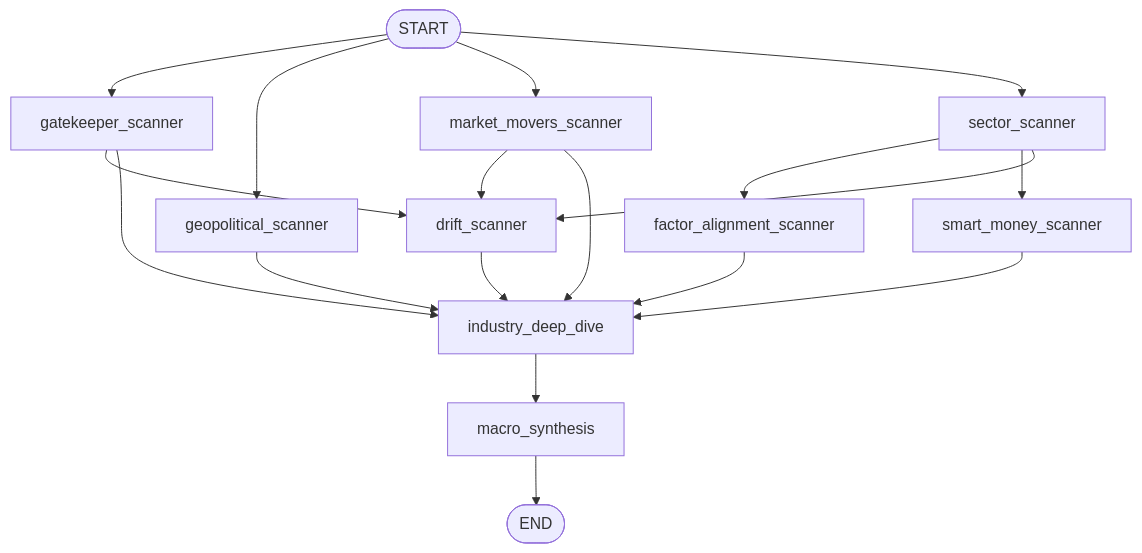
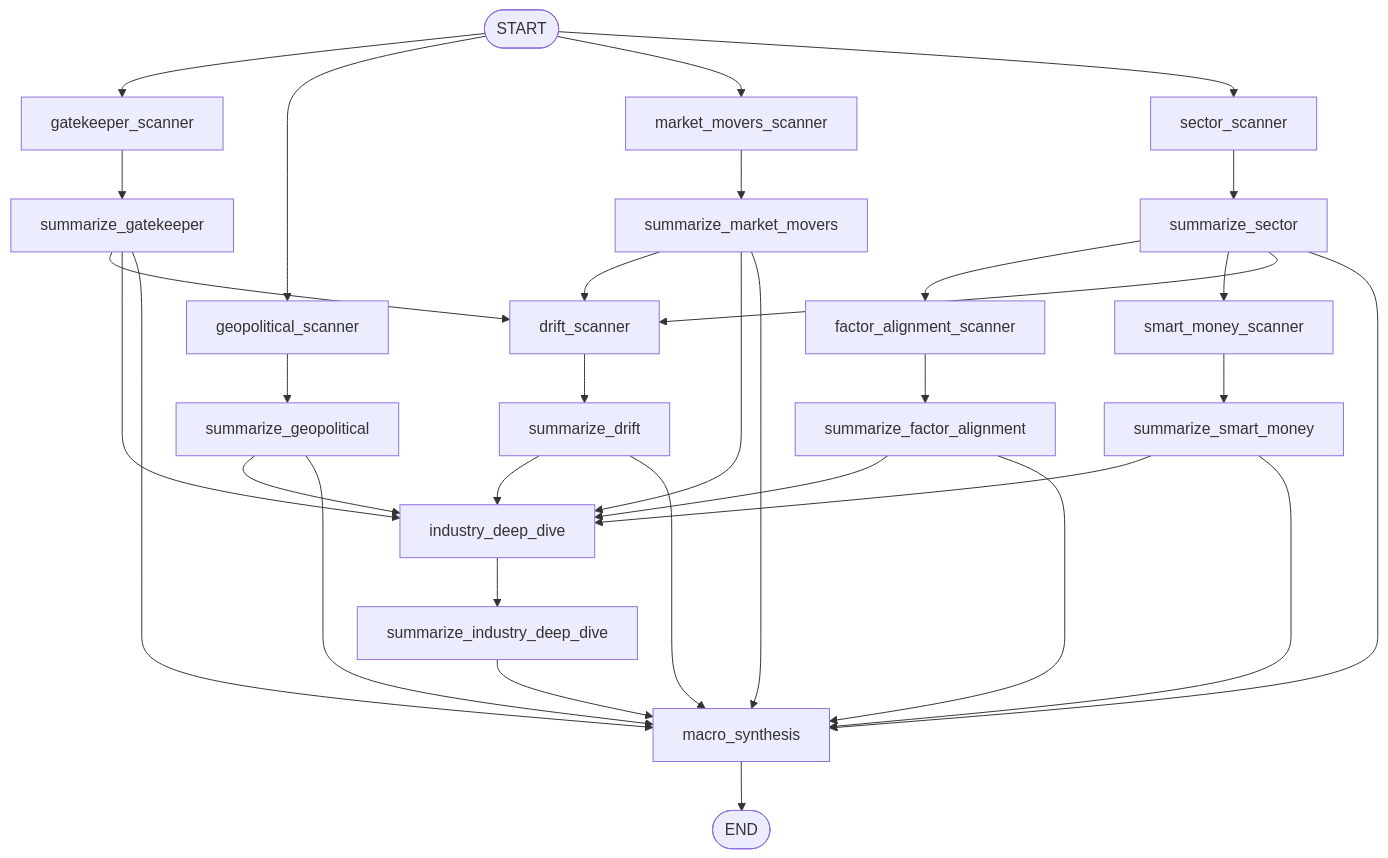
Before and after one commit to TauricResearch/TradingAgents: the first of 4 diagrams in docs/graph_flows.md, drawn with Mermaid. The commit also changed other lines of this file and 3 other files, not shown here.

````diff
--- a/docs/graph_flows.md
+++ b/docs/graph_flows.md
@@ -10,20 +10,42 @@
 ```mermaid
 flowchart TD
     A([START]) --> B["gatekeeper_scanner"]
     A --> C["geopolitical_scanner"]
     A --> D["market_movers_scanner"]
     A --> E["sector_scanner"]
-    E --> F["factor_alignment_scanner"]
-    E --> G["smart_money_scanner"]
-    E --> H["drift_scanner"]
-    D --> H
-    B --> H
-    B --> I["industry_deep_dive"]
-    C --> I
-    D --> I
-    F --> I
-    G --> I
-    H --> I
-    I --> J["macro_synthesis"]
+    
+    B --> S_B["summarize_gatekeeper"]
+    C --> S_C["summarize_geopolitical"]
+    D --> S_D["summarize_market_movers"]
+    E --> S_E["summarize_sector"]
+
+    S_E --> F["factor_alignment_scanner"]
+    S_E --> G["smart_money_scanner"]
+    S_E --> H["drift_scanner"]
+    S_D --> H
+    S_B --> H
+
+    F --> S_F["summarize_factor_alignment"]
+    G --> S_G["summarize_smart_money"]
+    H --> S_H["summarize_drift"]
+
+    S_B --> I["industry_deep_dive"]
+    S_C --> I
+    S_D --> I
+    S_F --> I
+    S_G --> I
+    S_H --> I
+
+    I --> S_I["summarize_industry_deep_dive"]
+    
+    S_I --> J["macro_synthesis"]
+    S_B --> J
+    S_C --> J
+    S_D --> J
+    S_E --> J
+    S_F --> J
+    S_G --> J
+    S_H --> J
+    
     J --> K([END])
 ```
````
